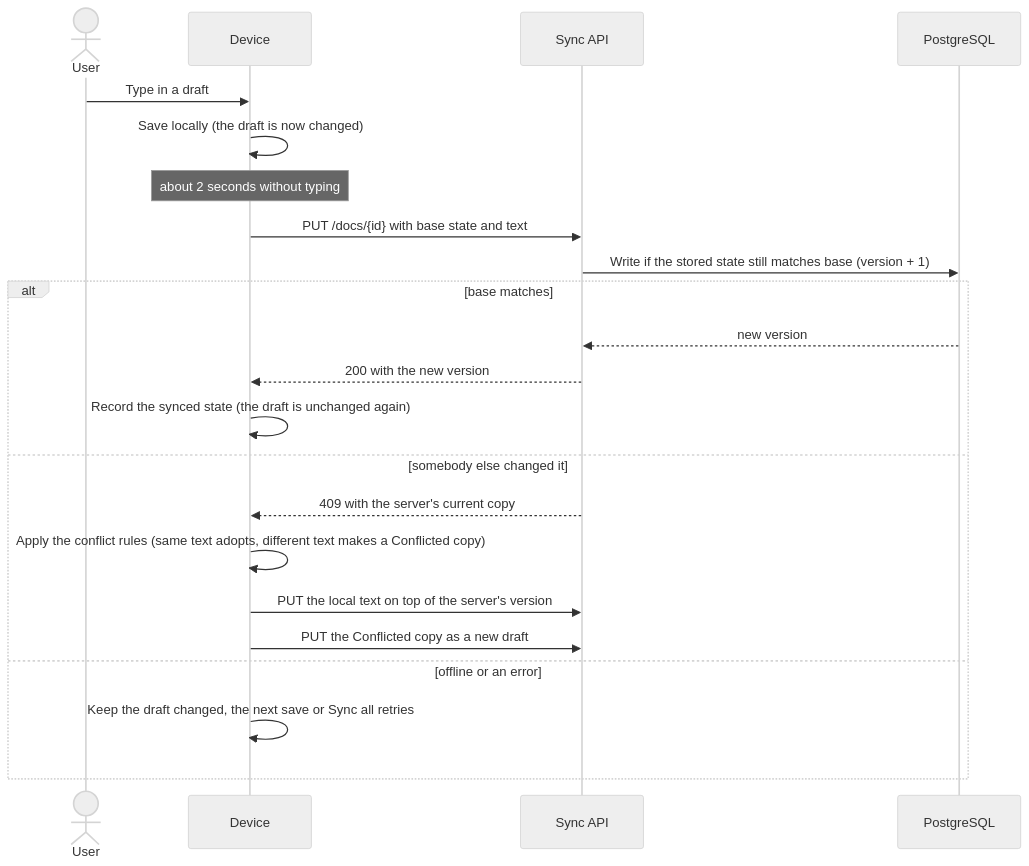
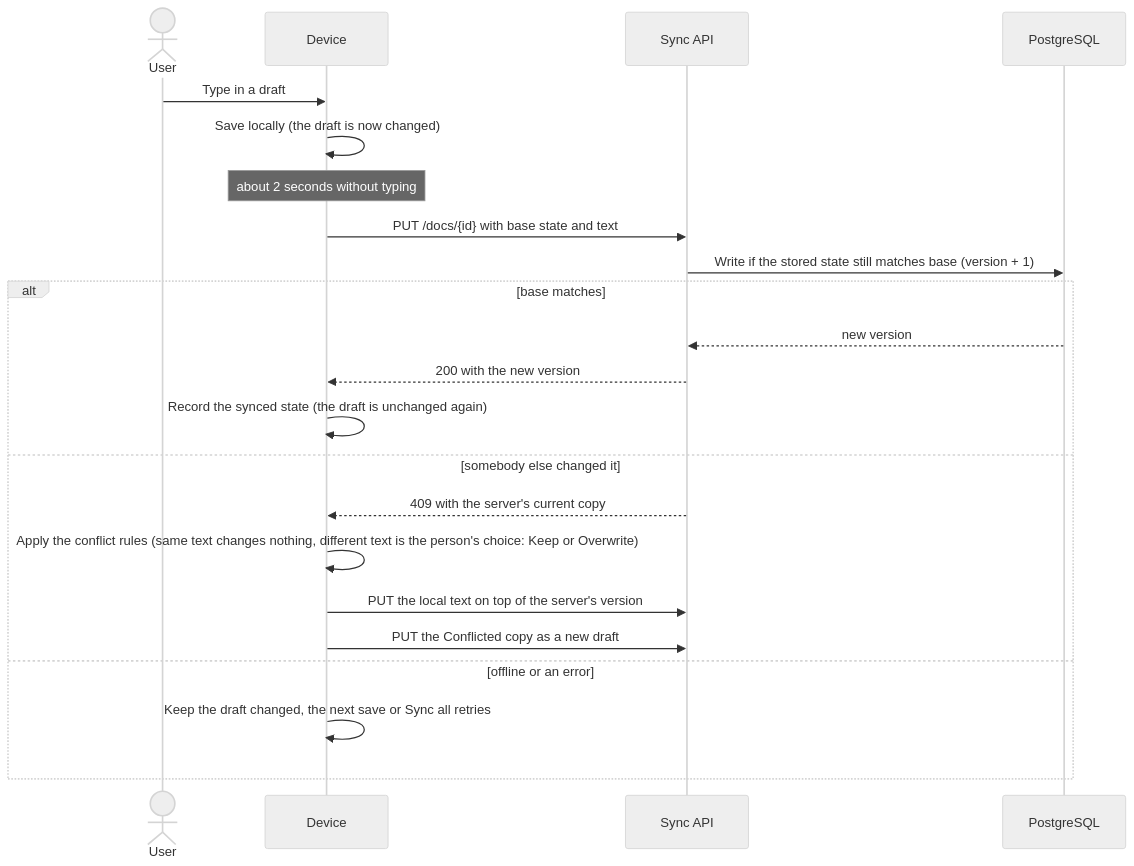
Before and after one commit to cthtrifork/harper-pad: the diagram in backend/cmd/harper-pad-sync/README.md, drawn with Mermaid (neutral theme). The commit also changed other lines of this file and 49 other files, not shown here.

Commit message:
feat(drafts): resolve file and server conflicts with one Keep or Overwrite modal (#166)

````diff
--- a/backend/cmd/harper-pad-sync/README.md
+++ b/backend/cmd/harper-pad-sync/README.md
@@ -36,24 +36,24 @@
 ```mermaid
 sequenceDiagram
   actor U as User
   participant D as Device
   participant S as Sync API
   participant DB as PostgreSQL
   U->>D: Type in a draft
   D->>D: Save locally (the draft is now changed)
   Note over D: about 2 seconds without typing
   D->>S: PUT /docs/{id} with base state and text
   S->>DB: Write if the stored state still matches base (version + 1)
   alt base matches
     DB-->>S: new version
     S-->>D: 200 with the new version
     D->>D: Record the synced state (the draft is unchanged again)
   else somebody else changed it
     S-->>D: 409 with the server's current copy
-    D->>D: Apply the conflict rules (same text adopts, different text makes a Conflicted copy)
+    D->>D: Apply the conflict rules (same text changes nothing, different text is the person's choice: Keep or Overwrite)
     D->>S: PUT the local text on top of the server's version
     D->>S: PUT the Conflicted copy as a new draft
   else offline or an error
     D->>D: Keep the draft changed, the next save or Sync all retries
   end
 ```
````
